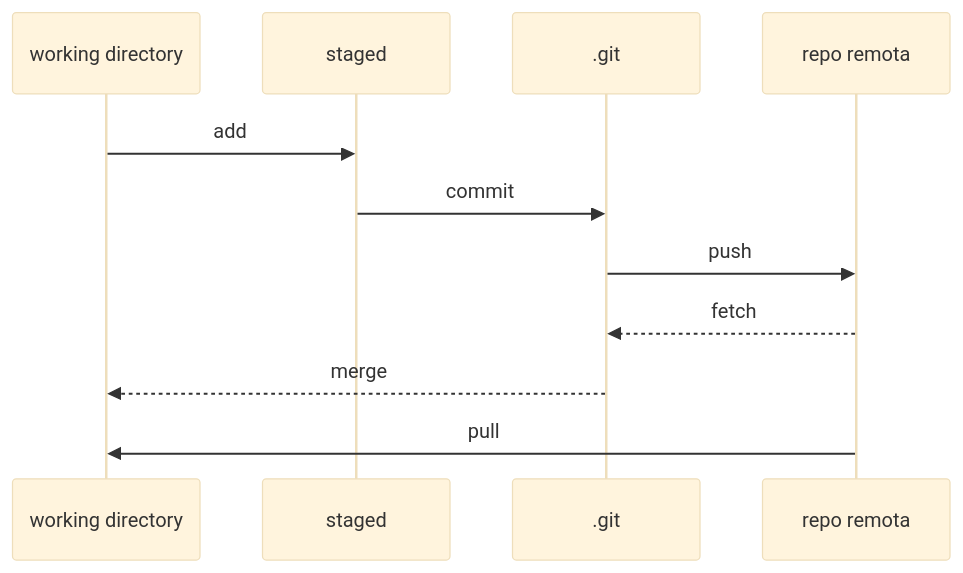
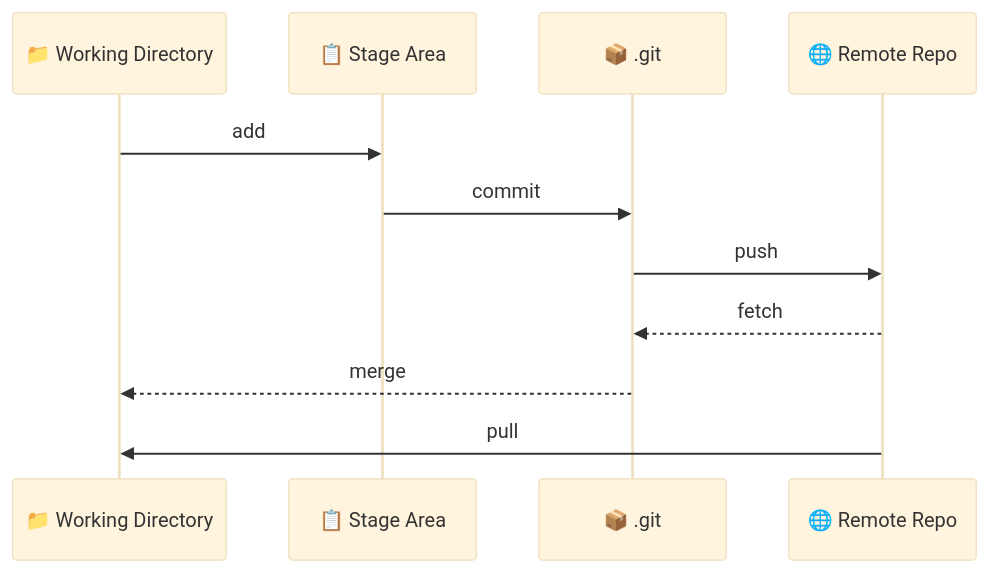
The fifth of 7 diagrams in 01-teoria/01-vcs-git-basics.md (DaveFV91/GitCourse), drawn with Mermaid (base theme) before and after one commit. The commit also changed other lines of this file and 3 other files, not shown here.

```diff
--- a/01-teoria/01-vcs-git-basics.md
+++ b/01-teoria/01-vcs-git-basics.md
@@ -89,14 +89,14 @@
 :::mermaid
 sequenceDiagram
-    participant working directory
-    participant staged
-    participant .git
-    participant repo remota
+    participant 📁 Working Directory
+    participant 📋 Stage Area
+    participant 📦 .git
+    participant 🌐 Remote Repo
 
-    working directory ->> staged: add
-    staged ->> .git: commit
-    .git ->> repo remota: push
-    repo remota -->> .git: fetch
-    .git -->> working directory: merge
-    repo remota ->> working directory: pull
+    📁 Working Directory ->> 📋 Stage Area: add
+    📋 Stage Area ->> 📦 .git: commit
+    📦 .git ->> 🌐 Remote Repo: push
+    🌐 Remote Repo -->> 📦 .git: fetch
+    📦 .git -->> 📁 Working Directory: merge
+    🌐 Remote Repo ->> 📁 Working Directory: pull
 :::
```
